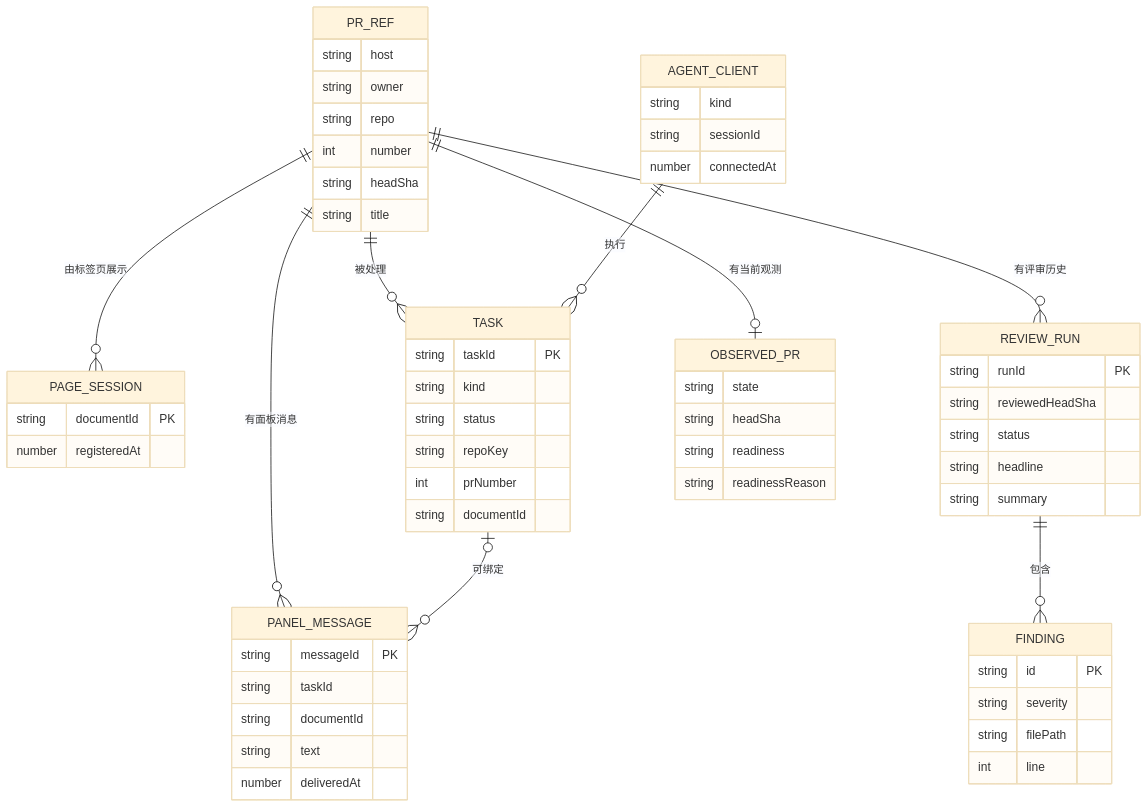
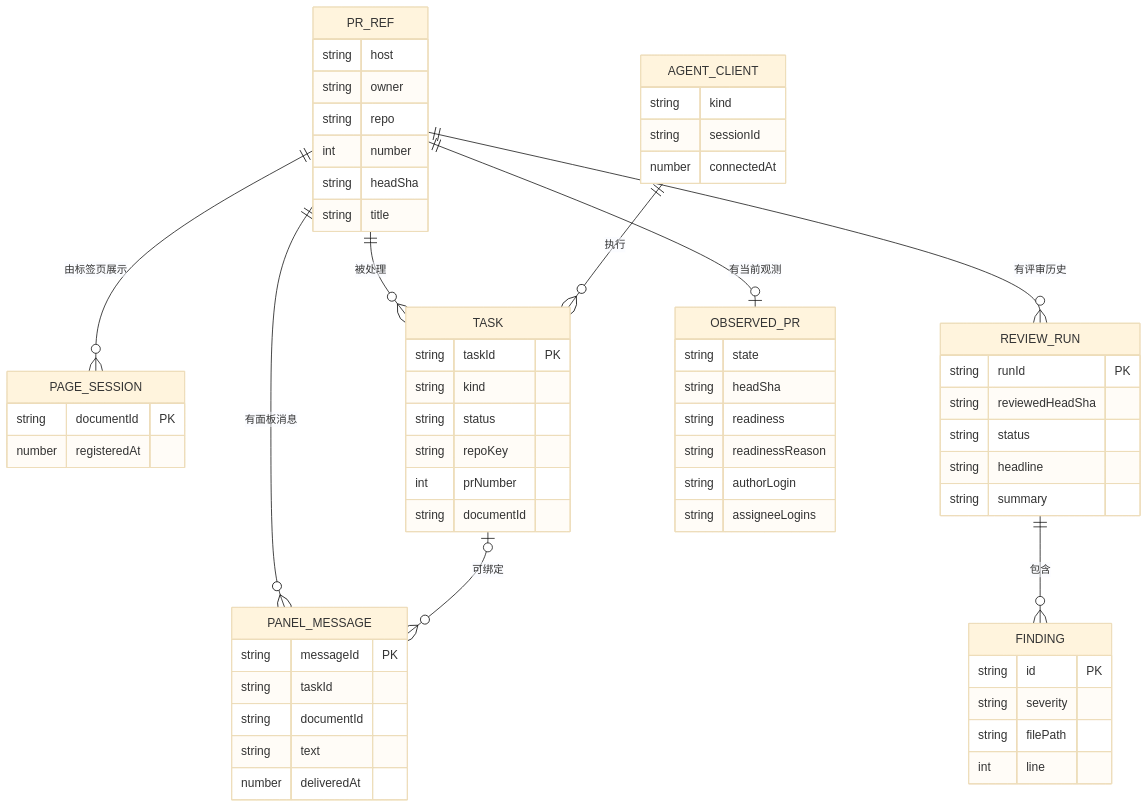
The second of 3 diagrams in packages/pr-agent-panel/ARCHITECTURE.zh-CN.md (ZenUml/conf-app), drawn with Mermaid (base theme) before and after one commit. The commit also changed other lines of this file and 16 other files, not shown here.

````diff
--- a/packages/pr-agent-panel/ARCHITECTURE.zh-CN.md
+++ b/packages/pr-agent-panel/ARCHITECTURE.zh-CN.md
@@ -52,63 +52,65 @@
 ```mermaid
 erDiagram
   PR_REF ||--o{ PAGE_SESSION : "由标签页展示"
   PR_REF ||--o{ TASK : "被处理"
   PR_REF ||--o{ REVIEW_RUN : "有评审历史"
   PR_REF ||--o| OBSERVED_PR : "有当前观测"
   PR_REF ||--o{ PANEL_MESSAGE : "有面板消息"
   AGENT_CLIENT ||--o{ TASK : "执行"
   TASK o|--o{ PANEL_MESSAGE : "可绑定"
   REVIEW_RUN ||--o{ FINDING : "包含"
 
   PR_REF {
     string host
     string owner
     string repo
     int number
     string headSha
     string title
   }
   PAGE_SESSION {
     string documentId PK
     number registeredAt
   }
   AGENT_CLIENT {
     string kind
     string sessionId
     number connectedAt
   }
   TASK {
     string taskId PK
     string kind
     string status
     string repoKey
     int prNumber
     string documentId
   }
   PANEL_MESSAGE {
     string messageId PK
     string taskId
     string documentId
     string text
     number deliveredAt
   }
   REVIEW_RUN {
     string runId PK
     string reviewedHeadSha
     string status
     string headline
     string summary
   }
   OBSERVED_PR {
     string state
     string headSha
     string readiness
     string readinessReason
+    string authorLogin
+    string assigneeLogins
   }
   FINDING {
     string id PK
     string severity
     string filePath
     int line
   }
 ```
````
